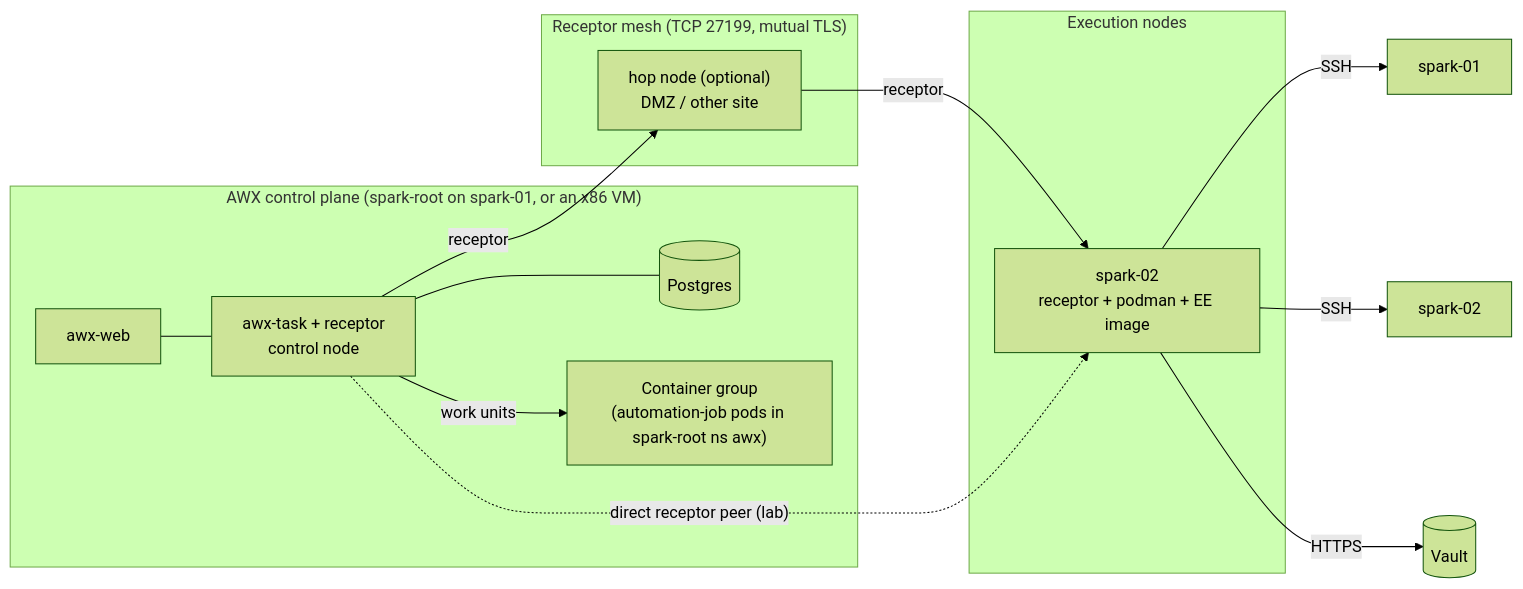
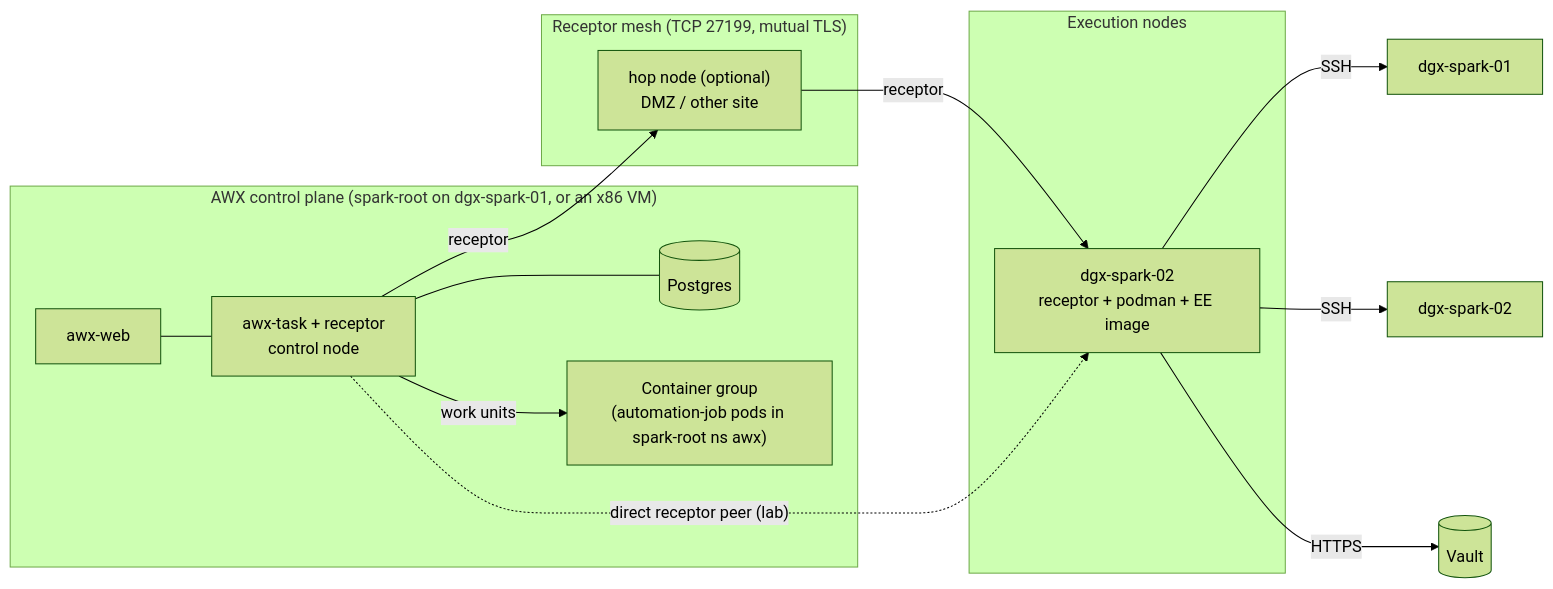
Before and after one commit to cloudone365/technical-depth: the first of 2 diagrams in 01 Ansible/20-awx-tower-production-cluster-and-receptor.md, drawn with Mermaid (forest theme). The commit also changed other lines of this file and 88 other files, not shown here.

First line of the commit message:
Rename the Spark hosts to dgx-spark-01 / dgx-spark-02

````diff
--- a/01 Ansible/20-awx-tower-production-cluster-and-receptor.md
+++ b/01 Ansible/20-awx-tower-production-cluster-and-receptor.md
@@ -19,19 +19,19 @@
 ```mermaid
 flowchart LR
-  subgraph CP["AWX control plane (spark-root on spark-01, or an x86 VM)"]
+  subgraph CP["AWX control plane (spark-root on dgx-spark-01, or an x86 VM)"]
     WEB[awx-web] --- TASK[awx-task + receptor<br/>control node]
     TASK --- PG[(Postgres)]
     CG["Container group<br/>(automation-job pods in spark-root ns awx)"]
   end
   subgraph MESH["Receptor mesh (TCP 27199, mutual TLS)"]
     HOP["hop node (optional)<br/>DMZ / other site"]
   end
   subgraph EX["Execution nodes"]
-    E1["spark-02<br/>receptor + podman + EE image"]
+    E1["dgx-spark-02<br/>receptor + podman + EE image"]
   end
   TASK -->|"work units"| CG
   TASK -->|"receptor"| HOP -->|receptor| E1
   TASK -.->|"direct receptor peer (lab)"| E1
-  E1 -->|SSH| T1[spark-01] & T2[spark-02]
+  E1 -->|SSH| T1[dgx-spark-01] & T2[dgx-spark-02]
   E1 -->|HTTPS| V[(Vault)]
 ```
````
